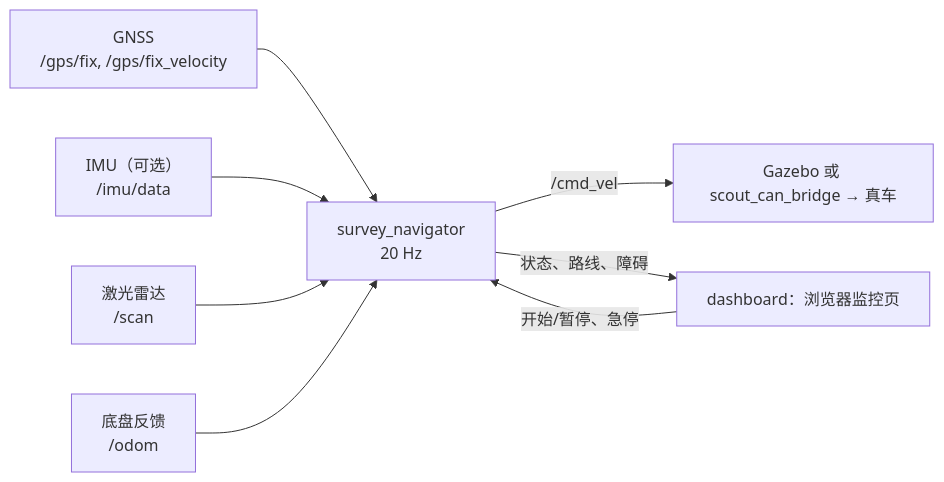
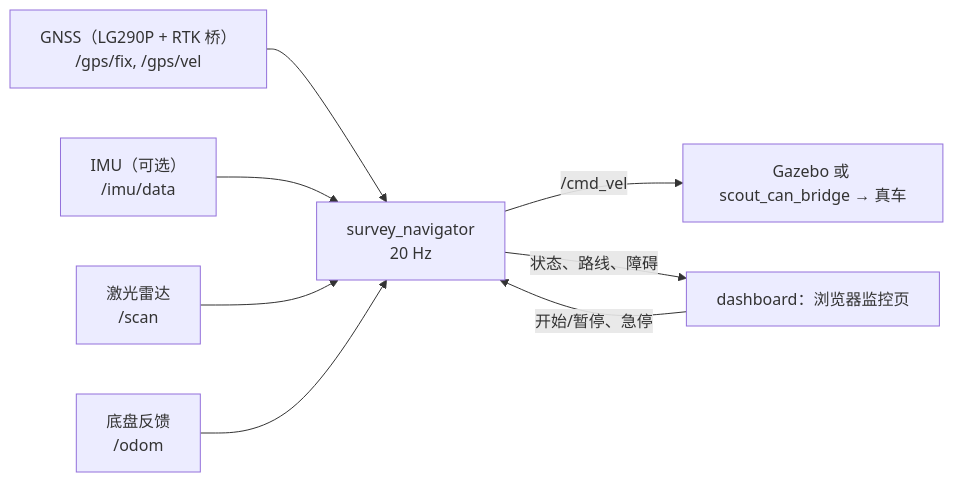
The diagram in scout_navigation/architecture.zh.md (Zephyr0609/TemRover), drawn with Mermaid before and after one commit. The commit also changed other lines of this file and 7 other files, not shown here.

First line of the commit message:
Field GNSS is the rover's LG290P through the team's RTK bridge, not a u-blox driver

````diff
--- a/scout_navigation/architecture.zh.md
+++ b/scout_navigation/architecture.zh.md
@@ -16,10 +16,10 @@
 ```mermaid
 flowchart LR
-    GPS["GNSS<br/>/gps/fix, /gps/fix_velocity"] --> NAV
+    GPS["GNSS（LG290P + RTK 桥）<br/>/gps/fix, /gps/vel"] --> NAV
     IMU["IMU（可选）<br/>/imu/data"] --> NAV
     LID["激光雷达<br/>/scan"] --> NAV
     ODO["底盘反馈<br/>/odom"] --> NAV
     NAV["survey_navigator<br/>20 Hz"] -->|/cmd_vel| BODY["Gazebo 或 scout_can_bridge → 真车"]
     NAV -->|状态、路线、障碍| WEB["dashboard：浏览器监控页"]
     WEB -->|开始/暂停、急停| NAV
 ```
````
